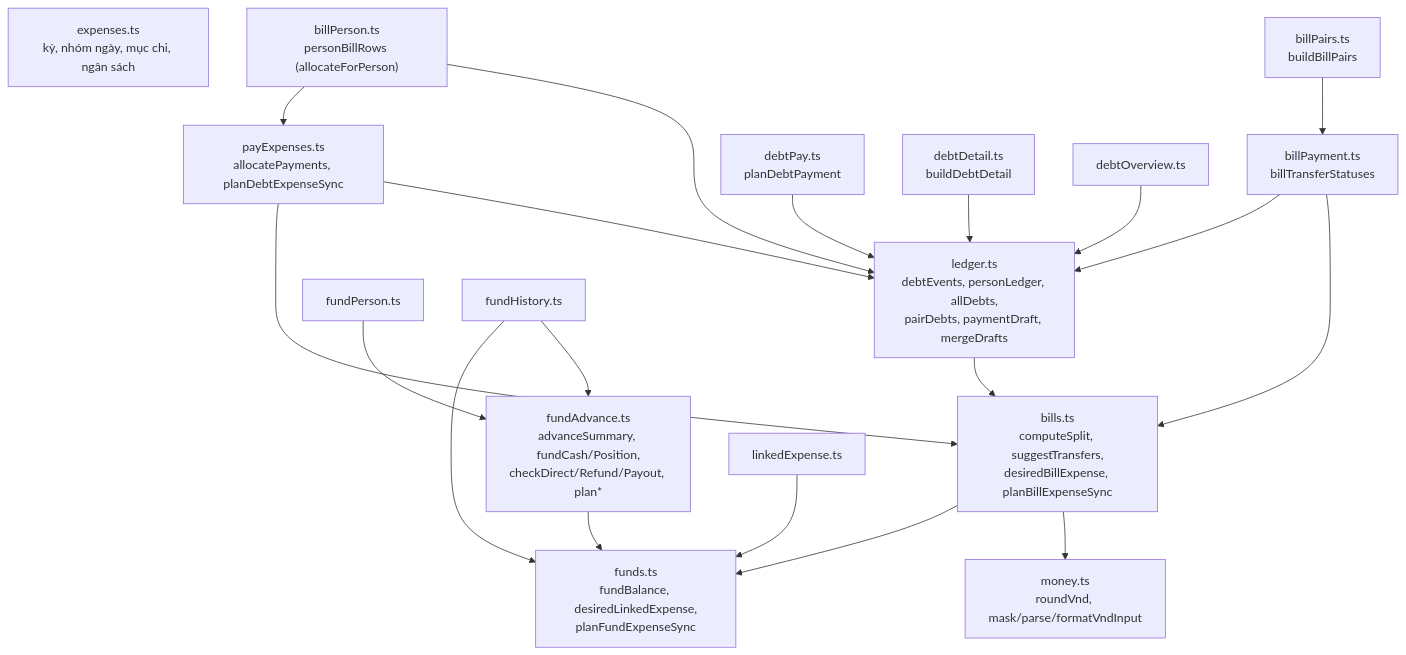
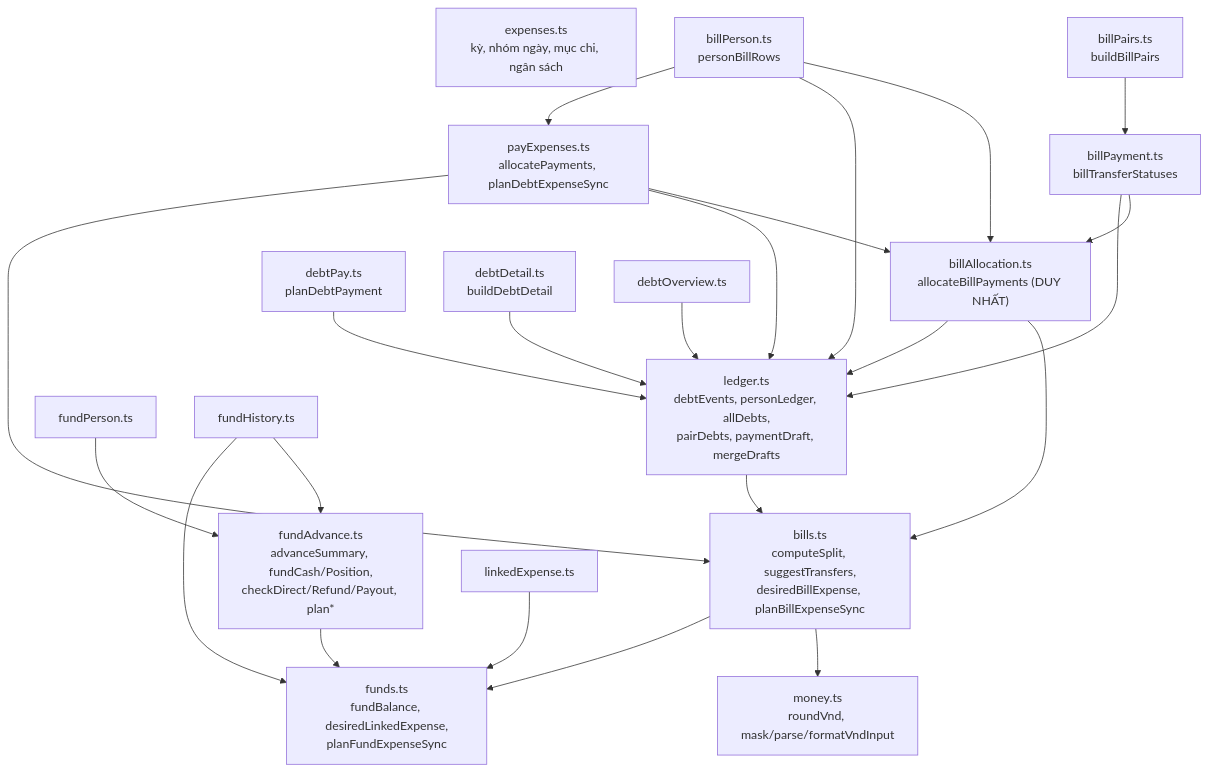
The second of 2 diagrams in docs/SO-DO-TAI-SU-DUNG.md (khanh279/Sothuchii), drawn with Mermaid before and after one commit. The commit also changed other lines of this file and 16 other files, not shown here.

````diff
--- a/docs/SO-DO-TAI-SU-DUNG.md
+++ b/docs/SO-DO-TAI-SU-DUNG.md
@@ -125,38 +125,43 @@
 ```mermaid
 flowchart TD
   money["money.ts<br/>roundVnd, mask/parse/formatVndInput"]
   expenses["expenses.ts<br/>kỳ, nhóm ngày, mục chi, ngân sách"]
   bills["bills.ts<br/>computeSplit, suggestTransfers,<br/>desiredBillExpense, planBillExpenseSync"]
   ledger["ledger.ts<br/>debtEvents, personLedger, allDebts,<br/>pairDebts, paymentDraft, mergeDrafts"]
   billPayment["billPayment.ts<br/>billTransferStatuses"]
   billPairs["billPairs.ts<br/>buildBillPairs"]
-  billPerson["billPerson.ts<br/>personBillRows (allocateForPerson)"]
+  billAlloc["billAllocation.ts<br/>allocateBillPayments (DUY NHẤT)"]
+  billPerson["billPerson.ts<br/>personBillRows"]
   payExpenses["payExpenses.ts<br/>allocatePayments, planDebtExpenseSync"]
   debtPay["debtPay.ts<br/>planDebtPayment"]
   debtDetail["debtDetail.ts<br/>buildDebtDetail"]
   debtOverview["debtOverview.ts"]
   funds["funds.ts<br/>fundBalance, desiredLinkedExpense,<br/>planFundExpenseSync"]
   fundAdvance["fundAdvance.ts<br/>advanceSummary, fundCash/Position,<br/>checkDirect/Refund/Payout, plan*"]
   fundPerson["fundPerson.ts"]
   fundHistory["fundHistory.ts"]
   linked["linkedExpense.ts"]
 
   bills --> money
   bills --> funds
   ledger --> bills
-  billPayment --> bills
+  billPayment --> billAlloc
+  billAlloc --> bills
+  billAlloc --> ledger
+  billPerson --> billAlloc
+  payExpenses --> billAlloc
   billPayment --> ledger
   billPairs --> billPayment
   billPerson --> ledger
   billPerson --> payExpenses
   payExpenses --> ledger
   payExpenses --> bills
   debtPay --> ledger
   debtDetail --> ledger
   debtOverview --> ledger
   fundAdvance --> funds
   fundPerson --> fundAdvance
   fundHistory --> fundAdvance
   fundHistory --> funds
   linked --> funds
 ```
````
